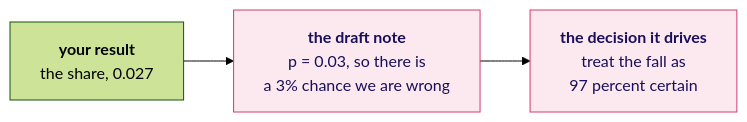
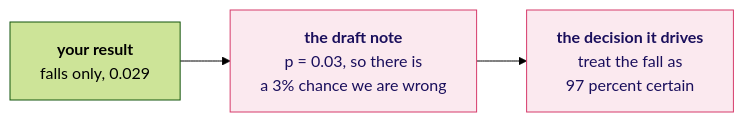
The seventh of 32 diagrams in content/W01/D4/slides/C2_W01_D04_half1_STUDENT.md (fde-academy-lab/c2-content-factory), drawn with Mermaid (forest theme) before and after one commit. The commit also changed other lines of this file and 4 other files, not shown here.

````diff
--- a/content/W01/D4/slides/C2_W01_D04_half1_STUDENT.md
+++ b/content/W01/D4/slides/C2_W01_D04_half1_STUDENT.md
@@ -356,7 +367,7 @@
 ```mermaid
 flowchart LR
-    R["<b>your result</b><br/>the share, 0.027"] --> W["<b>the draft note</b><br/>p = 0.03, so there is<br/>a 3% chance we are wrong"]
+    R["<b>your result</b><br/>falls only, 0.029"] --> W["<b>the draft note</b><br/>p = 0.03, so there is<br/>a 3% chance we are wrong"]
     W --> D["<b>the decision it drives</b><br/>treat the fall as<br/>97 percent certain"]
     classDef bad fill:#FBE9EF,stroke:#D63A6A,color:#1A0F5C
     class W,D bad
 ```
````
